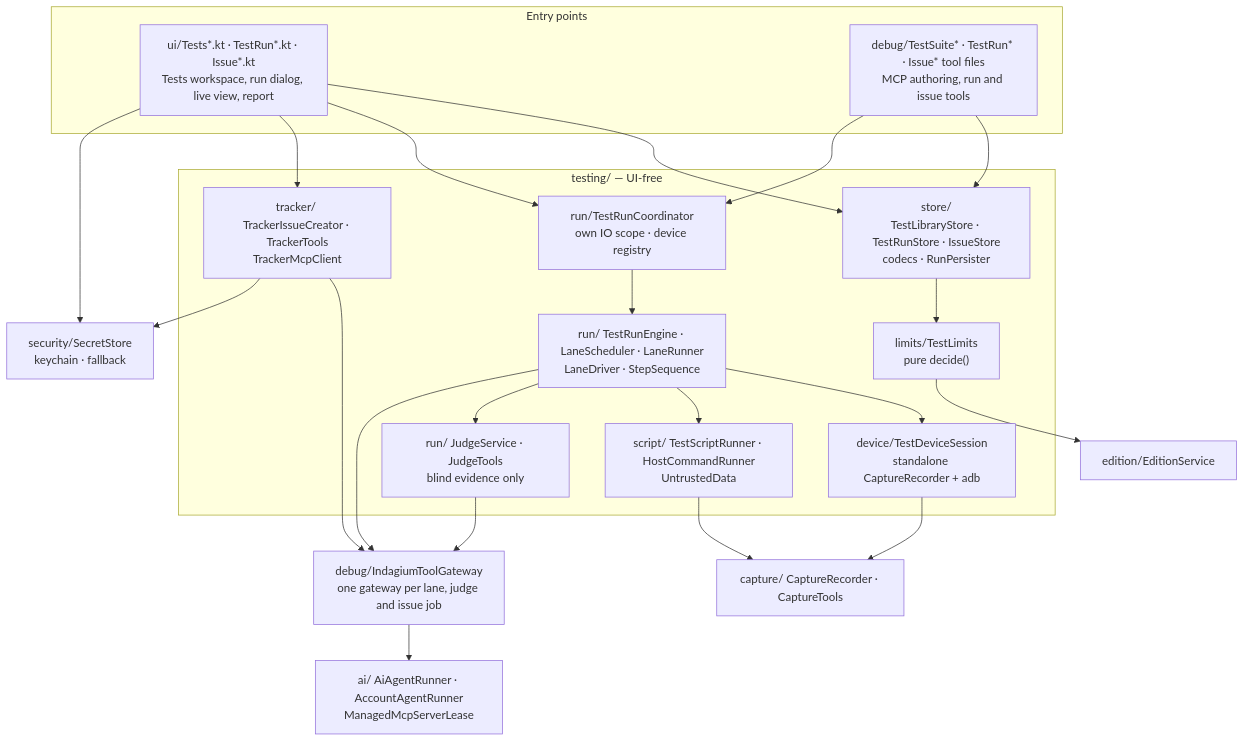
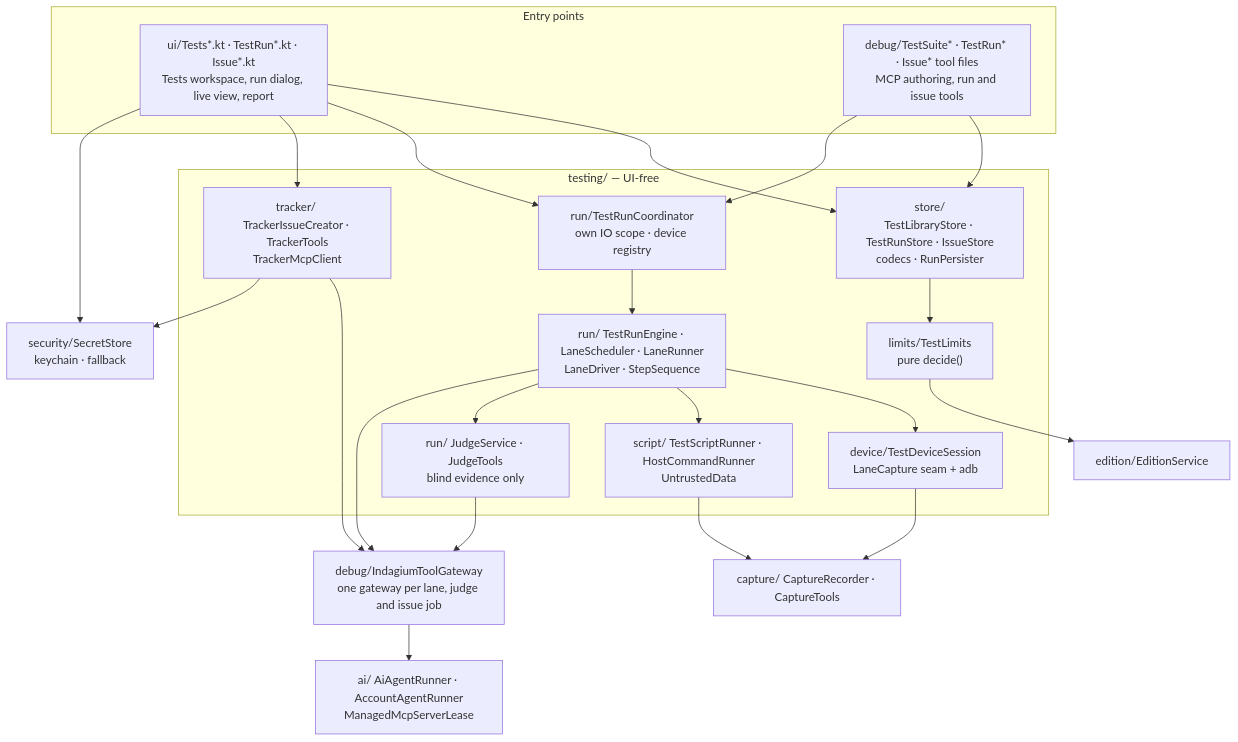
Diagram 15 of 17 in docs/SAAD.md (indagium/indagium), drawn with Mermaid before and after one commit. The commit also changed other lines of this file and 56 other files, not shown here.

First line of the commit message:
Record test lanes through real capture tabs; pick model and effort per lane

````diff
--- a/docs/SAAD.md
+++ b/docs/SAAD.md
@@ -3094,44 +3101,44 @@
 ```mermaid
 flowchart TB
     subgraph surfaces["Entry points"]
         ui["ui/Tests*.kt · TestRun*.kt · Issue*.kt<br/>Tests workspace, run dialog, live view, report"]
         mcp["debug/TestSuite* · TestRun* · Issue* tool files<br/>MCP authoring, run and issue tools"]
     end
 
     subgraph feature["testing/ — UI-free"]
         store["store/<br/>TestLibraryStore · TestRunStore · IssueStore<br/>codecs · RunPersister"]
         limits["limits/TestLimits<br/>pure decide()"]
         coord["run/TestRunCoordinator<br/>own IO scope · device registry"]
         engine["run/ TestRunEngine · LaneScheduler · LaneRunner<br/>LaneDriver · StepSequence"]
         judge["run/ JudgeService · JudgeTools<br/>blind evidence only"]
-        dev["device/TestDeviceSession<br/>standalone CaptureRecorder + adb"]
+        dev["device/TestDeviceSession<br/>LaneCapture seam + adb"]
         script["script/ TestScriptRunner · HostCommandRunner<br/>UntrustedData"]
         tracker["tracker/ TrackerIssueCreator · TrackerTools<br/>TrackerMcpClient"]
     end
 
     edition["edition/EditionService"]
     secrets["security/SecretStore<br/>keychain · fallback"]
     gw["debug/IndagiumToolGateway<br/>one gateway per lane, judge and issue job"]
     ai["ai/ AiAgentRunner · AccountAgentRunner<br/>ManagedMcpServerLease"]
     cap["capture/ CaptureRecorder · CaptureTools"]
 
     ui --> store
     ui --> coord
     mcp --> store
     mcp --> coord
     store --> limits
     limits --> edition
     coord --> engine
     engine --> dev
     engine --> script
     engine --> judge
     engine --> gw
     judge --> gw
     tracker --> gw
     gw --> ai
     dev --> cap
     script --> cap
     tracker --> secrets
     ui --> tracker
     ui --> secrets
 ```
````
